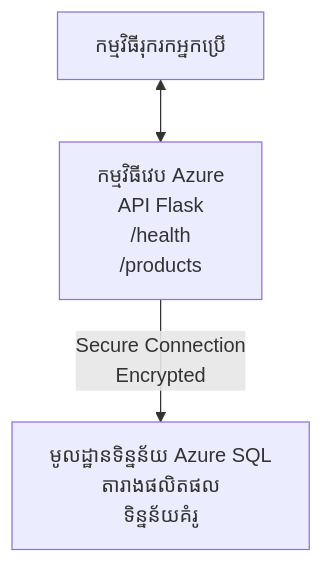
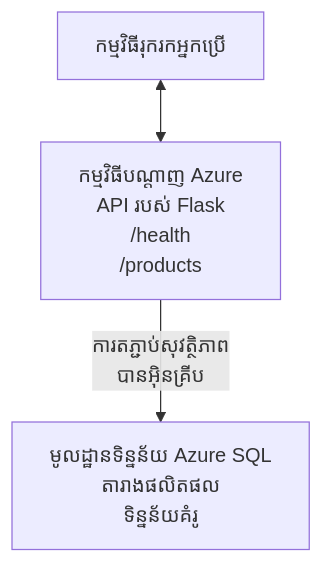
The diagram in translations/km/examples/database-app/README.md (microsoft/AZD-for-beginners), drawn with Mermaid before and after one commit. The commit also changed other lines of this file and 34 other files, not shown here.

````diff
--- a/translations/km/examples/database-app/README.md
+++ b/translations/km/examples/database-app/README.md
@@ -72,5 +73,5 @@
 ```mermaid
 graph TD
-    Browser[កម្មវិធីរុករកអ្នកប្រើ] <--> WebApp[កម្មវិធីវេប Azure<br/>API Flask<br/>/health<br/>/products]
-    WebApp -- Secure Connection<br/>Encrypted --> SQL[មូលដ្ឋានទិន្នន័យ Azure SQL<br/>តារាងផលិតផល<br/>ទិន្នន័យគំរូ]
+    Browser[កម្មវិធីរុករកអ្នកប្រើ] <--> WebApp[កម្មវិធីបណ្តាញ Azure<br/>API របស់ Flask<br/>/health<br/>/products]
+    WebApp -- ការតភ្ជាប់សុវត្ថិភាព<br/>បានអ៊ិនគ្រីប --> SQL[មូលដ្ឋានទិន្នន័យ Azure SQL<br/>តារាងផលិតផល<br/>ទិន្នន័យគំរូ]
 ```
````
